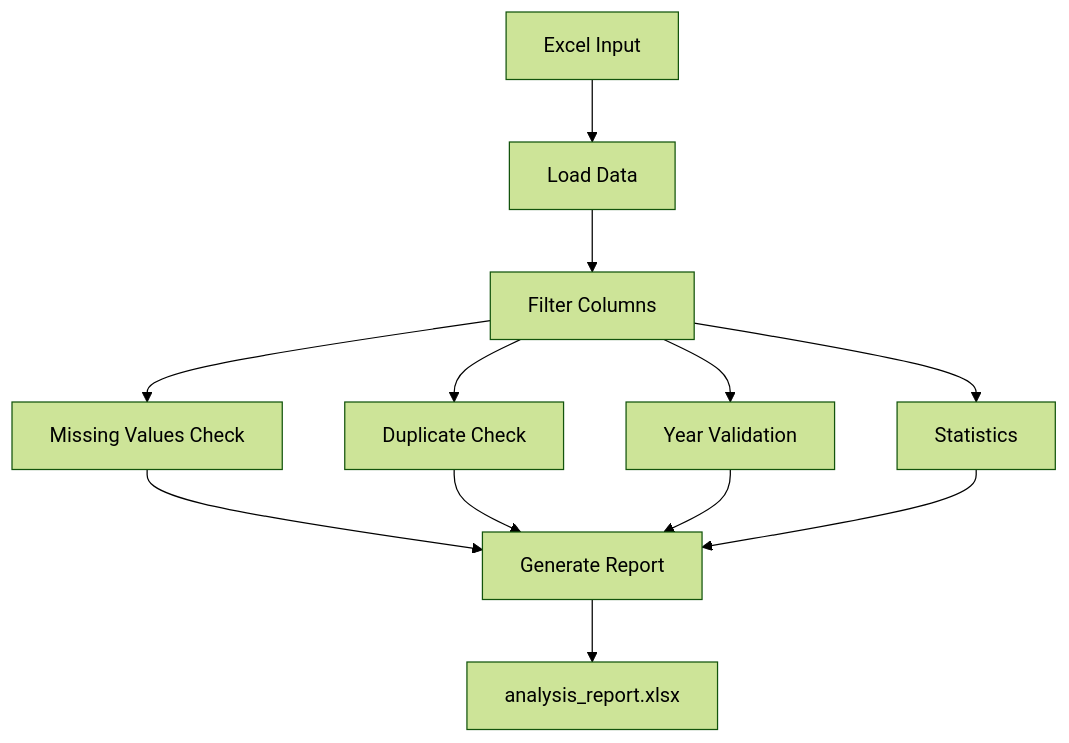
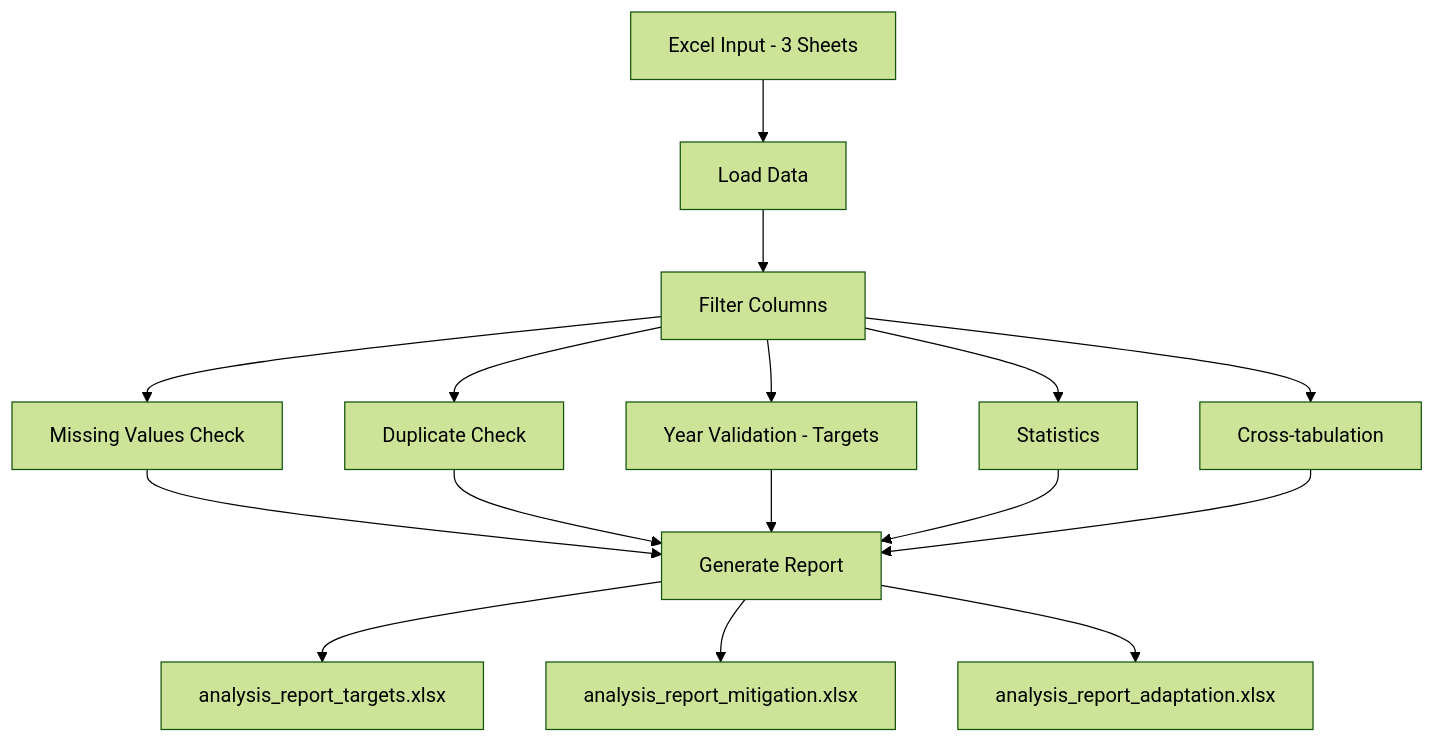
One commit to nicolas-becker/climate-policy-miner changed the diagram in dq/README.md. Above: the diagram before and after it, drawn with Mermaid (forest theme). The commit also changed other lines of this file, not shown here.

Commit message:
Enhance README to document multiple data quality analysis scripts for NDC Database, detailing purpose, workflow, and output reports for targets, mitigation, and adaptation categories.

````diff
--- a/dq/README.md
+++ b/dq/README.md
@@ -156,14 +215,18 @@
 ```mermaid
 graph TD
-    A[Excel Input] --> B[Load Data]
+    A[Excel Input - 3 Sheets] --> B[Load Data]
     B --> C[Filter Columns]
     C --> D[Missing Values Check]
     C --> E[Duplicate Check]
-    C --> F[Year Validation]
+    C --> F[Year Validation - Targets]
     C --> G[Statistics]
-    D --> H[Generate Report]
-    E --> H
-    F --> H
-    G --> H
-    H --> I[analysis_report.xlsx]
+    C --> H[Cross-tabulation]
+    D --> I[Generate Report]
+    E --> I
+    F --> I
+    G --> I
+    H --> I
+    I --> J[analysis_report_targets.xlsx]
+    I --> K[analysis_report_mitigation.xlsx]
+    I --> L[analysis_report_adaptation.xlsx]
 ```
````
